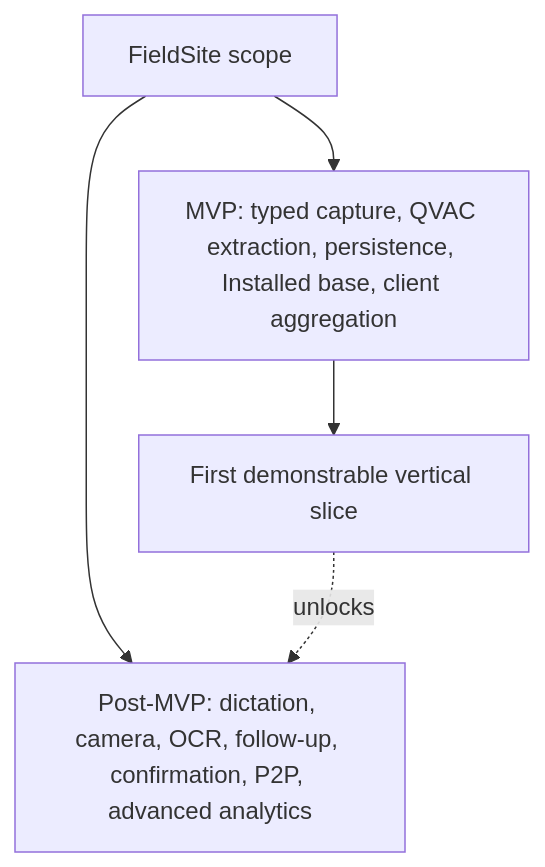
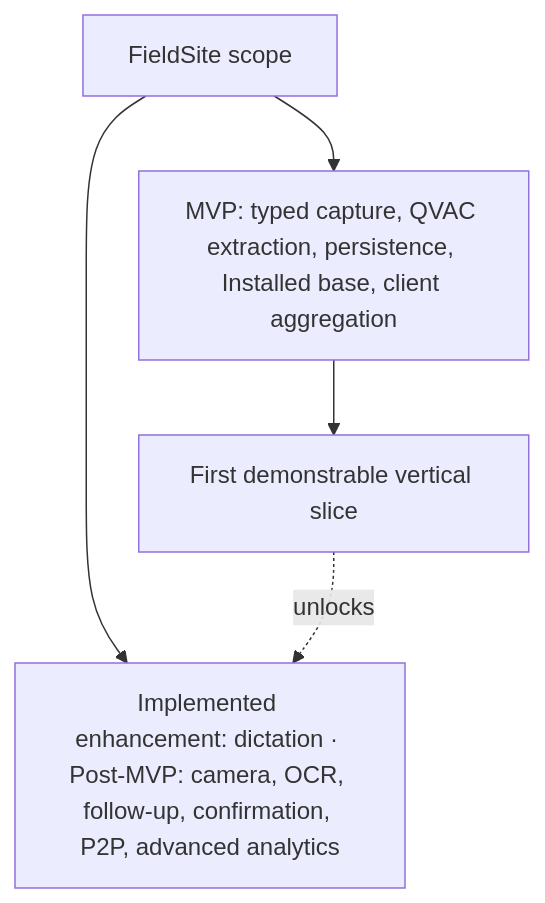
One commit to quantumquirkxyz/Caffeine-Express changed the first of 7 diagrams in docs/proposal-solution.md. Above: the diagram before and after it, drawn with Mermaid. The commit also changed other lines of this file, not shown here.

Commit message:
docs: align proposal with implemented voice scope

````diff
--- a/docs/proposal-solution.md
+++ b/docs/proposal-solution.md
@@ -67,7 +67,7 @@
 ```mermaid
 flowchart TB
     Scope["FieldSite scope"] --> MVP["MVP: typed capture, QVAC extraction, persistence, Installed base, client aggregation"]
-    Scope --> Post["Post-MVP: dictation, camera, OCR, follow-up, confirmation, P2P, advanced analytics"]
+    Scope --> Post["Implemented enhancement: dictation · Post-MVP: camera, OCR, follow-up, confirmation, P2P, advanced analytics"]
     MVP --> Demo["First demonstrable vertical slice"]
     Demo -.unlocks.-> Post
 ```
````
